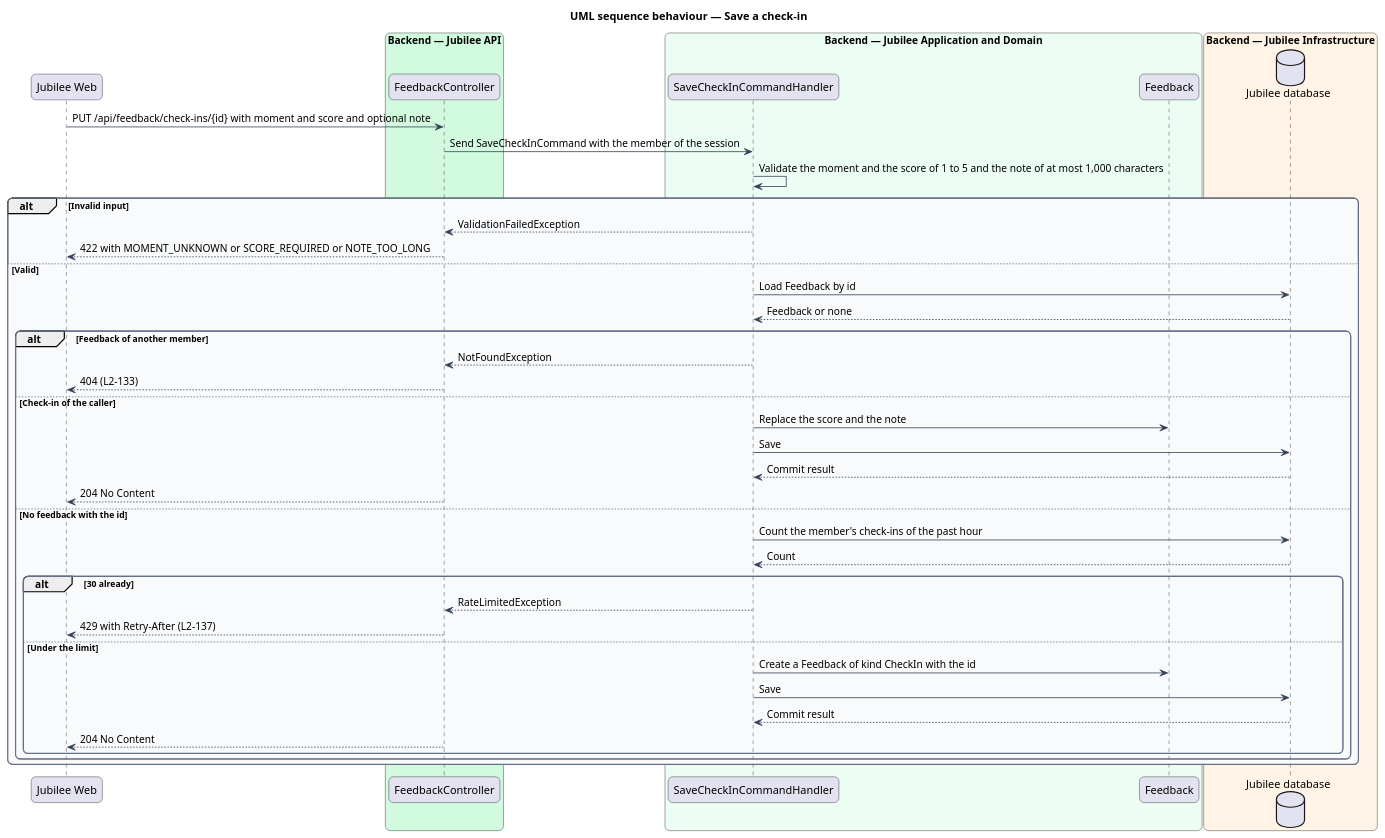
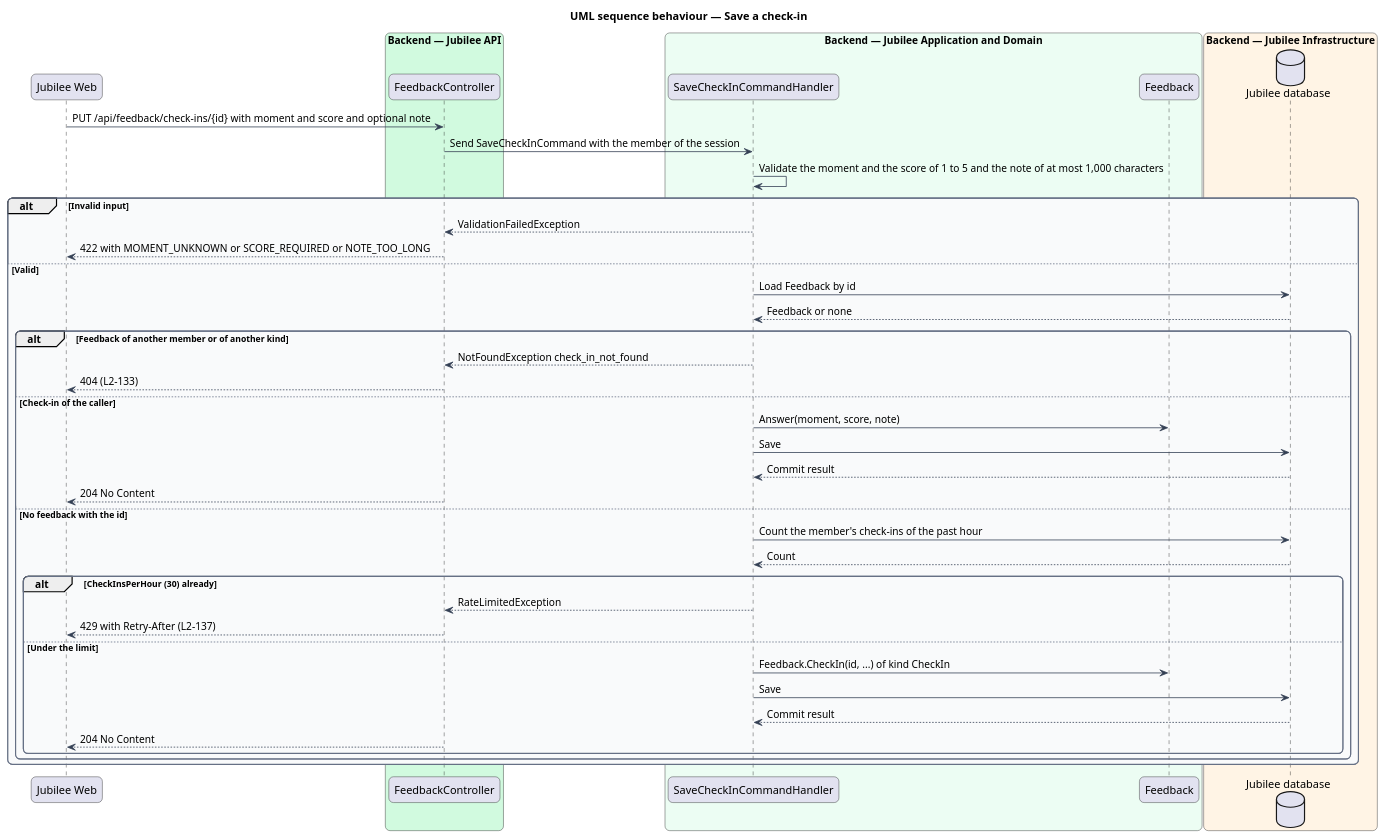
Before and after one commit to QuinntyneBrown/jubilee: the diagram in docs/detailed-designs/feedback/receive-and-store-feedback/diagrams/sequence-save-check-in.puml, drawn with PlantUML. The commit also changed 56 other files, not shown here.

```diff
--- a/docs/detailed-designs/feedback/receive-and-store-feedback/diagrams/sequence-save-check-in.puml
+++ b/docs/detailed-designs/feedback/receive-and-store-feedback/diagrams/sequence-save-check-in.puml
@@ -1,59 +1,59 @@
 @startuml
 title UML sequence behaviour — Save a check-in
 skinparam backgroundColor #FFFFFF
 skinparam shadowing false
 skinparam roundcorner 12
 skinparam defaultFontName Arial
 skinparam ArrowColor #344054
 skinparam rectangle {
   BorderColor #344054
   FontColor #101828
 }
 skinparam package {
   BorderColor #667085
   FontColor #101828
   BackgroundColor #F9FAFB
 }
 participant "Jubilee Web" as web
 box "Backend — Jubilee API" #D1FADF
   participant "FeedbackController" as controller
 end box
 box "Backend — Jubilee Application and Domain" #ECFDF3
   participant "SaveCheckInCommandHandler" as handler
   participant "Feedback" as entity
 end box
 box "Backend — Jubilee Infrastructure" #FFF4E5
   database "Jubilee database" as db
 end box
 web -> controller : PUT /api/feedback/check-ins/{id} with moment and score and optional note
 controller -> handler : Send SaveCheckInCommand with the member of the session
 handler -> handler : Validate the moment and the score of 1 to 5 and the note of at most 1,000 characters
 alt Invalid input
   handler --> controller : ValidationFailedException
   controller --> web : 422 with MOMENT_UNKNOWN or SCORE_REQUIRED or NOTE_TOO_LONG
 else Valid
   handler -> db : Load Feedback by id
   db --> handler : Feedback or none
-  alt Feedback of another member
-    handler --> controller : NotFoundException
+  alt Feedback of another member or of another kind
+    handler --> controller : NotFoundException check_in_not_found
     controller --> web : 404 (L2-133)
   else Check-in of the caller
-    handler -> entity : Replace the score and the note
+    handler -> entity : Answer(moment, score, note)
     handler -> db : Save
     db --> handler : Commit result
     controller --> web : 204 No Content
   else No feedback with the id
     handler -> db : Count the member's check-ins of the past hour
     db --> handler : Count
-    alt 30 already
+    alt CheckInsPerHour (30) already
       handler --> controller : RateLimitedException
       controller --> web : 429 with Retry-After (L2-137)
     else Under the limit
-      handler -> entity : Create a Feedback of kind CheckIn with the id
+      handler -> entity : Feedback.CheckIn(id, ...) of kind CheckIn
       handler -> db : Save
       db --> handler : Commit result
       controller --> web : 204 No Content
     end
   end
 end
 @enduml
```
